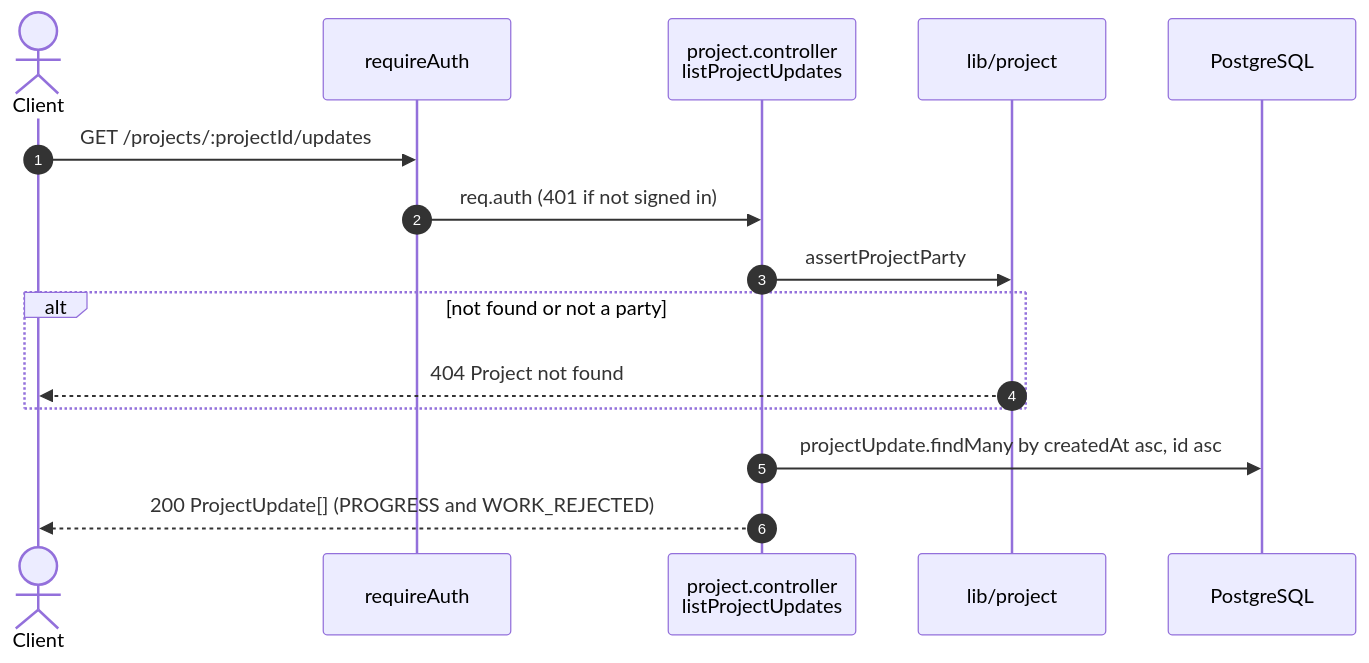
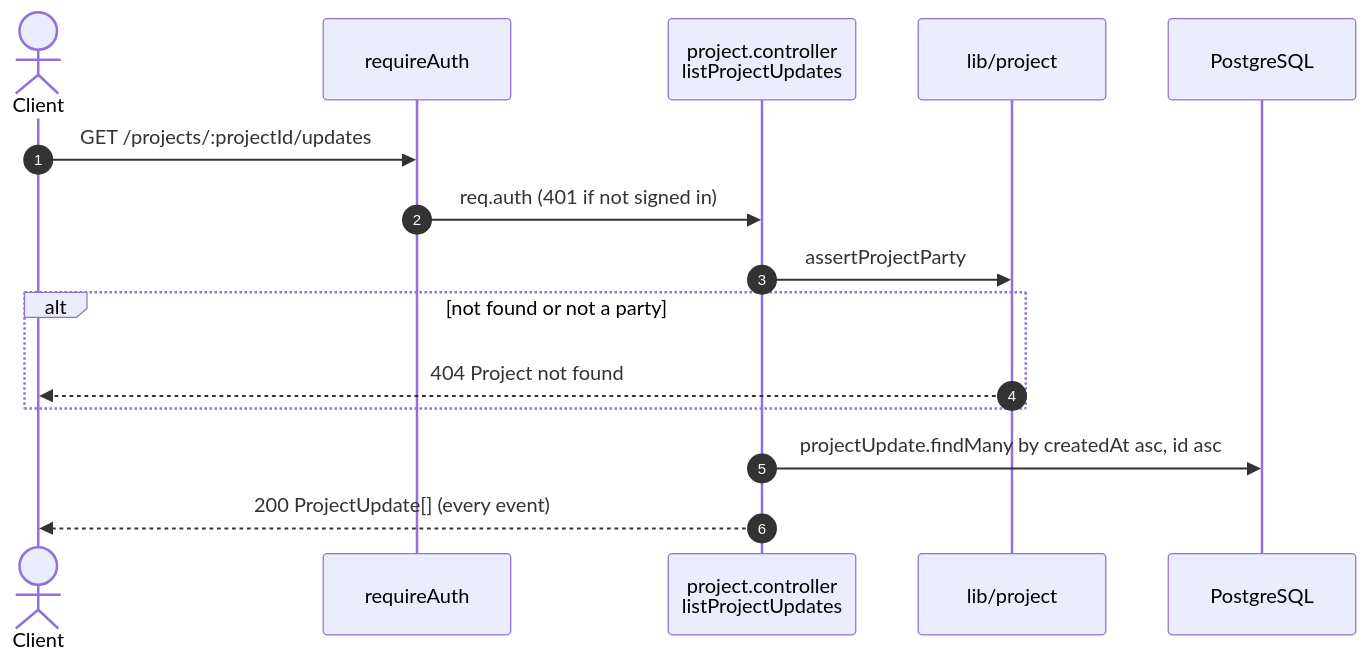
Before and after one commit to taofuuu/MangoDB: the fifth of 16 diagrams in docs/api/projects.md, drawn with Mermaid. The commit also changed other lines of this file and 2 other files, not shown here.

Commit message:
docs(api): list the project timeline events

````diff
--- a/docs/api/projects.md
+++ b/docs/api/projects.md
@@ -135,18 +157,18 @@
 ```mermaid
 sequenceDiagram
     autonumber
     actor C as Client
     participant G as requireAuth
     participant Ctl as project.controller<br/>listProjectUpdates
     participant L as lib/project
     participant DB as PostgreSQL
 
     C->>G: GET /projects/:projectId/updates
     G->>Ctl: req.auth (401 if not signed in)
     Ctl->>L: assertProjectParty
     alt not found or not a party
         L-->>C: 404 Project not found
     end
     Ctl->>DB: projectUpdate.findMany by createdAt asc, id asc
-    Ctl-->>C: 200 ProjectUpdate[] (PROGRESS and WORK_REJECTED)
+    Ctl-->>C: 200 ProjectUpdate[] (every event)
 ```
````
